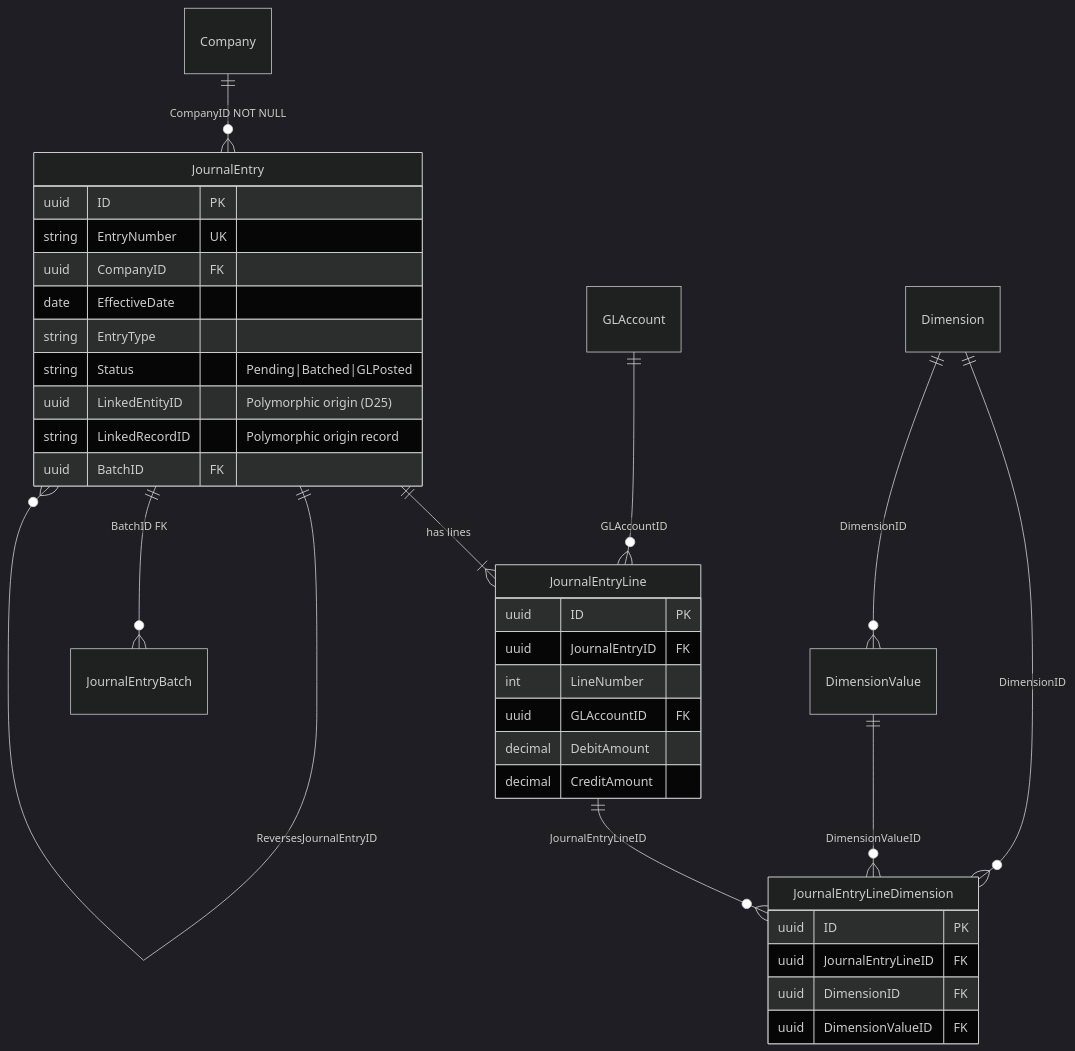
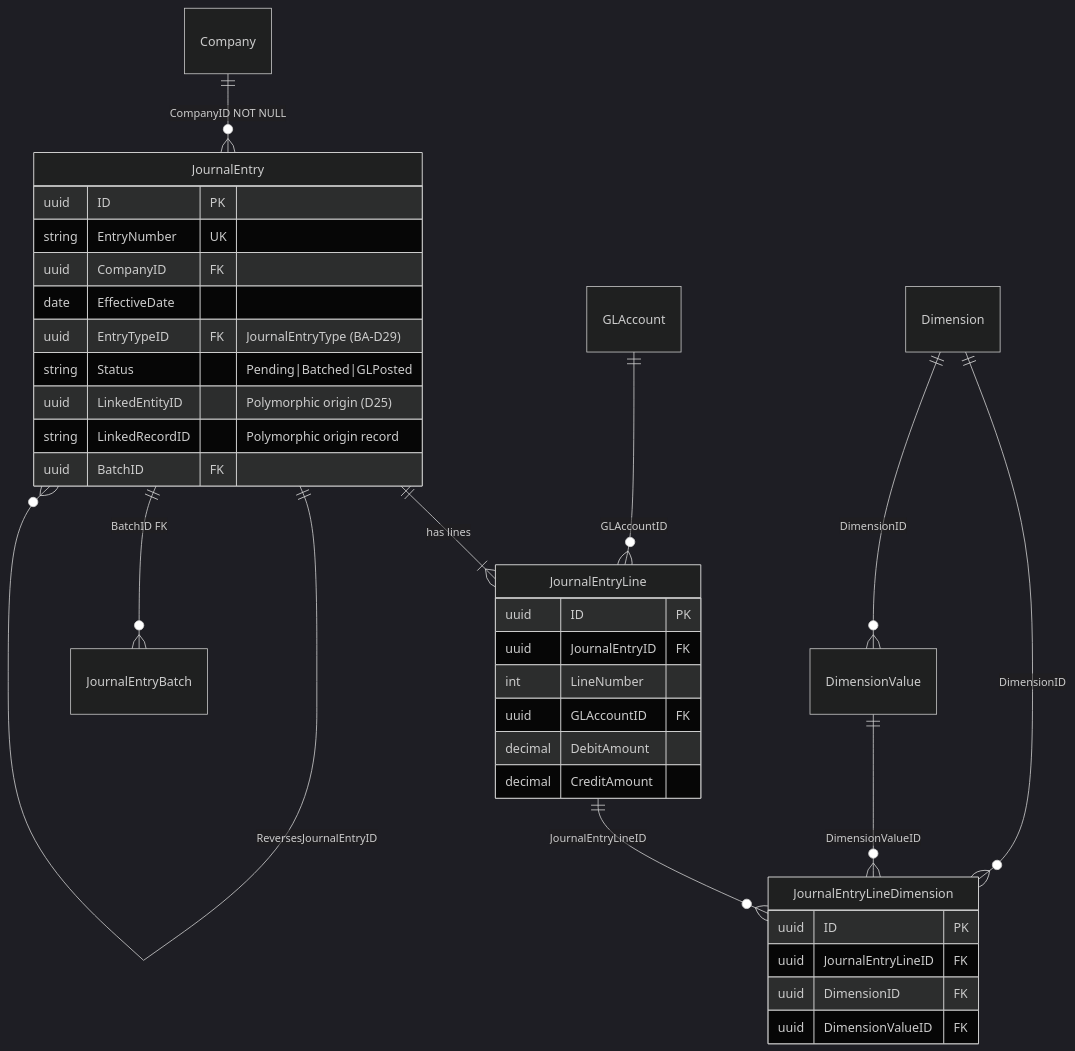
One commit to MemberJunction/bizapps-accounting changed the second of 4 diagrams in plans/bizapps-accounting-master.md. Above: the diagram before and after it, drawn with Mermaid (dark theme). The commit also changed other lines of this file and 79 other files, not shown here.

````diff
--- a/plans/bizapps-accounting-master.md
+++ b/plans/bizapps-accounting-master.md
@@ -240,38 +242,38 @@
 ```mermaid
 erDiagram
     Company ||--o{ JournalEntry : "CompanyID NOT NULL"
     JournalEntry ||--|{ JournalEntryLine : "has lines"
     GLAccount ||--o{ JournalEntryLine : "GLAccountID"
     JournalEntryLine ||--o{ JournalEntryLineDimension : "JournalEntryLineID"
     Dimension ||--o{ JournalEntryLineDimension : "DimensionID"
     DimensionValue ||--o{ JournalEntryLineDimension : "DimensionValueID"
     Dimension ||--o{ DimensionValue : "DimensionID"
     JournalEntry ||--o{ JournalEntry : "ReversesJournalEntryID"
     JournalEntry ||--o{ JournalEntryBatch : "BatchID FK"
 
     JournalEntry {
         uuid ID PK
         string EntryNumber UK
         uuid CompanyID FK
         date EffectiveDate
-        string EntryType
+        uuid EntryTypeID FK "JournalEntryType (BA-D29)"
         string Status "Pending|Batched|GLPosted"
         uuid LinkedEntityID "Polymorphic origin (D25)"
         string LinkedRecordID "Polymorphic origin record"
         uuid BatchID FK
     }
     JournalEntryLine {
         uuid ID PK
         uuid JournalEntryID FK
         int LineNumber
         uuid GLAccountID FK
         decimal DebitAmount
         decimal CreditAmount
     }
     JournalEntryLineDimension {
         uuid ID PK
         uuid JournalEntryLineID FK
         uuid DimensionID FK
         uuid DimensionValueID FK
     }
 ```
````
